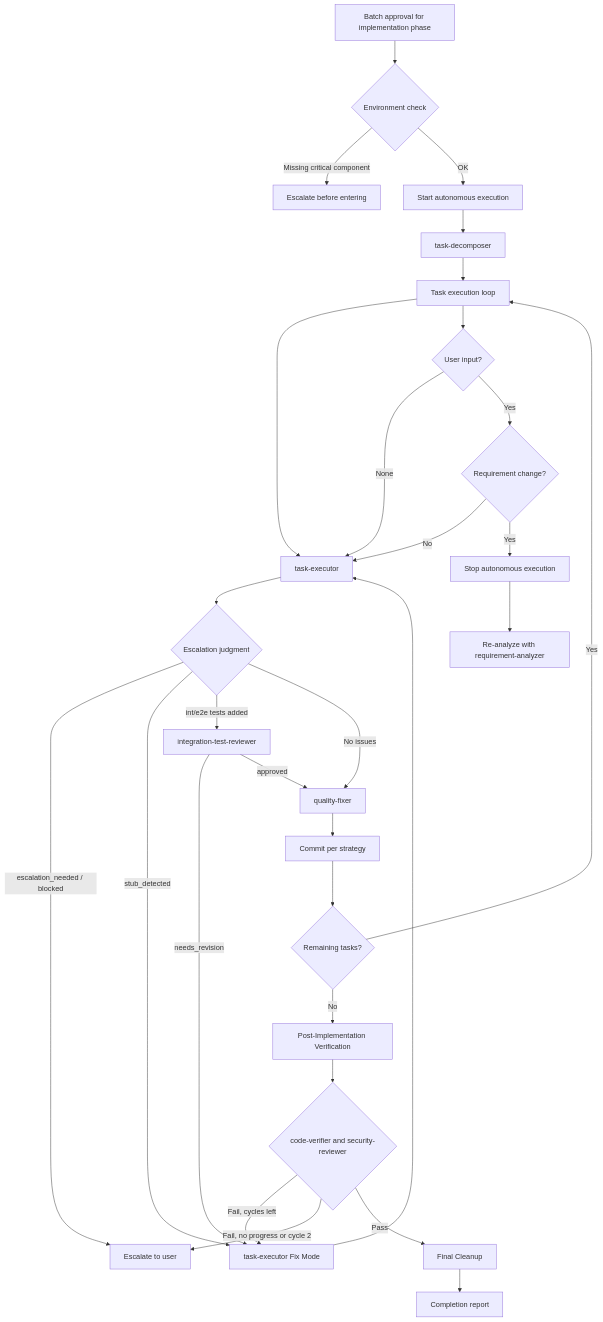
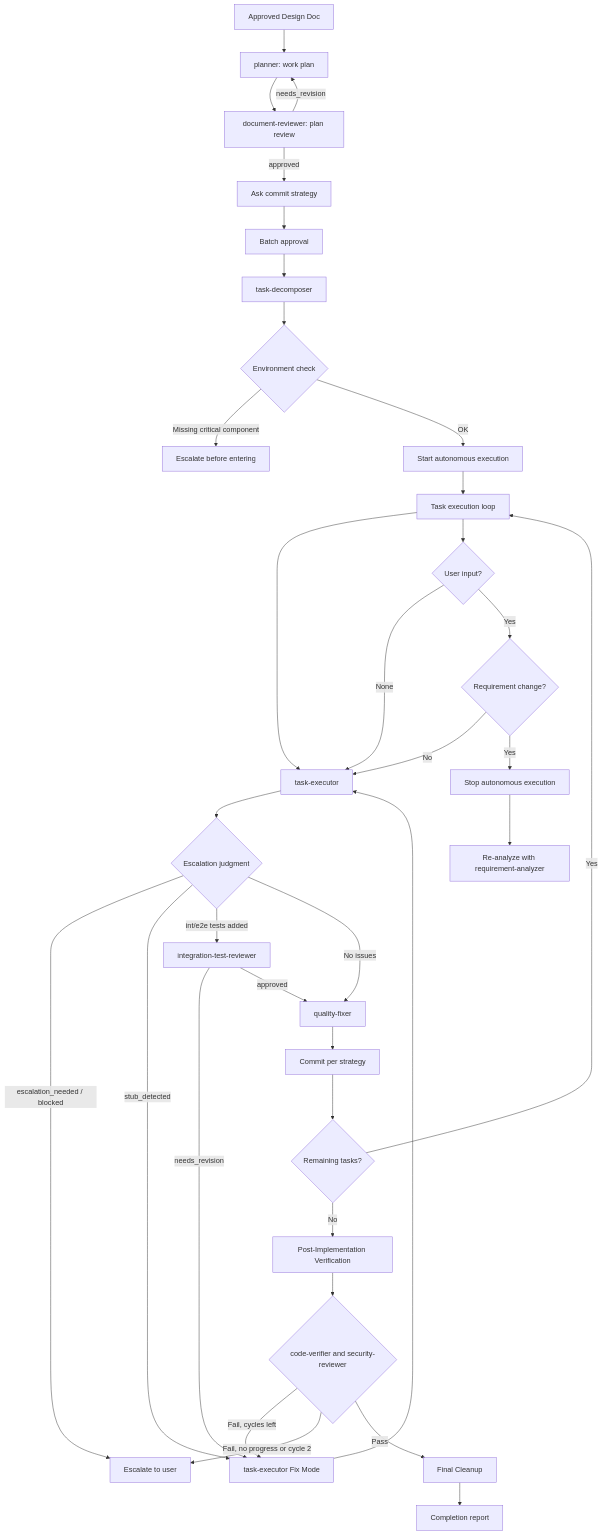
Before and after one commit to tundraray/claude-code-workflows: the diagram in skills/workflow-execution/SKILL.md, drawn with Mermaid. The commit also changed other lines of this file and 9 other files, not shown here.

First line of the commit message:
refactor: move ADR after design, move planning into execution

````diff
--- a/skills/workflow-execution/SKILL.md
+++ b/skills/workflow-execution/SKILL.md
@@ -194,33 +233,38 @@
 ```mermaid
 graph TD
-    START[Batch approval for implementation phase] --> ENV{Environment check}
+    DESIGN[Approved Design Doc] --> PLAN[planner: work plan]
+    PLAN --> PREVIEW[document-reviewer: plan review]
+    PREVIEW -->|needs_revision| PLAN
+    PREVIEW -->|approved| STRATEGY[Ask commit strategy]
+    STRATEGY --> START[Batch approval]
+    START --> DECOMP[task-decomposer]
+    DECOMP --> ENV{Environment check}
     ENV -->|Missing critical component| ESC0[Escalate before entering]
     ENV -->|OK| AUTO[Start autonomous execution]
-    AUTO --> TD[task-decomposer]
-    TD --> LOOP[Task execution loop]
+    AUTO --> LOOP[Task execution loop]
     LOOP --> TE[task-executor]
     TE --> JUDGE{Escalation judgment}
     JUDGE -->|escalation_needed / blocked| USERESC[Escalate to user]
     JUDGE -->|stub_detected| FIXMODE[task-executor Fix Mode]
     FIXMODE --> TE
     JUDGE -->|int/e2e tests added| ITR[integration-test-reviewer]
     JUDGE -->|No issues| QF
     ITR -->|needs_revision| FIXMODE
     ITR -->|approved| QF
     QF[quality-fixer] --> COMMIT[Commit per strategy]
     COMMIT --> CHECK{Remaining tasks?}
     CHECK -->|Yes| LOOP
     CHECK -->|No| PIV[Post-Implementation Verification]
     PIV --> VERIFY{code-verifier and security-reviewer}
     VERIFY -->|Fail, cycles left| FIXMODE
     VERIFY -->|Fail, no progress or cycle 2| USERESC
     VERIFY -->|Pass| CLEAN[Final Cleanup]
     CLEAN --> REPORT[Completion report]
 
     LOOP --> INTERRUPT{User input?}
     INTERRUPT -->|None| TE
     INTERRUPT -->|Yes| REQCHECK{Requirement change?}
     REQCHECK -->|No| TE
     REQCHECK -->|Yes| STOP[Stop autonomous execution]
     STOP --> RA[Re-analyze with requirement-analyzer]
 ```
````
